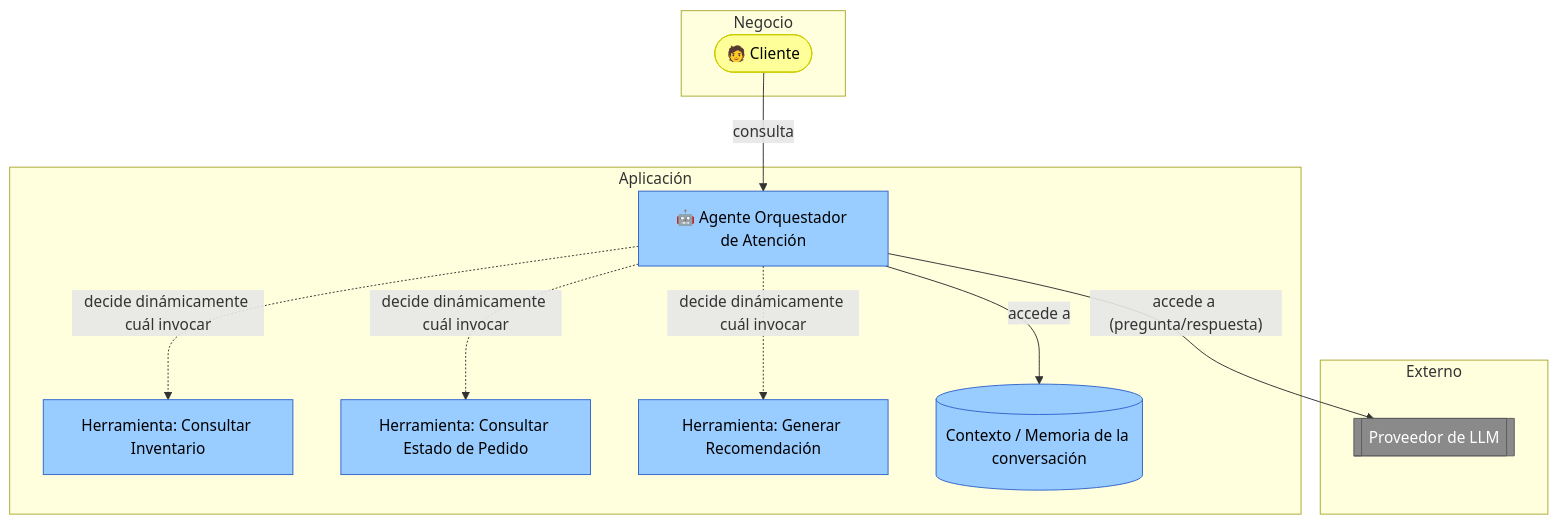
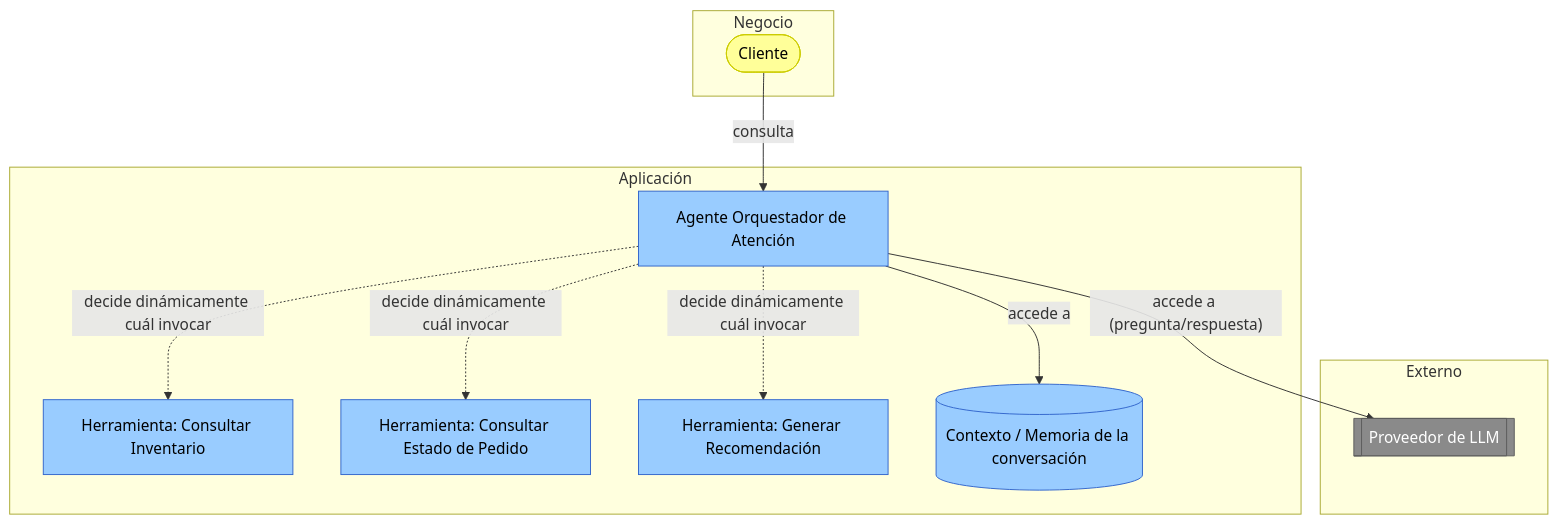
One commit to CesarAVegaF312/AREM-ArchiMate changed the diagram in patron_sistemas_agenticos.md. Above: the diagram before and after it, drawn with Mermaid. The commit also changed other lines of this file and 2 other files, not shown here.

Commit message:
Quita los emojis de los archivos Markdown

````diff
--- a/patron_sistemas_agenticos.md
+++ b/patron_sistemas_agenticos.md
@@ -24,32 +24,32 @@
 ```mermaid
 flowchart TD
     subgraph negocio["Negocio"]
-        cliente(["🧑 Cliente"])
+        cliente(["Cliente"])
     end
 
     subgraph aplicacion["Aplicación"]
-        agente["🤖 Agente Orquestador de Atención"]
+        agente["Agente Orquestador de Atención"]
         h1["Herramienta: Consultar Inventario"]
         h2["Herramienta: Consultar Estado de Pedido"]
         h3["Herramienta: Generar Recomendación"]
         contexto[("Contexto / Memoria de la conversación")]
     end
 
     subgraph externo["Externo"]
         llm[["Proveedor de LLM"]]
     end
 
     cliente -->|"consulta"| agente
     agente -->|"accede a (pregunta/respuesta)"| llm
     agente -.->|"decide dinámicamente cuál invocar"| h1
     agente -.->|"decide dinámicamente cuál invocar"| h2
     agente -.->|"decide dinámicamente cuál invocar"| h3
     agente -->|"accede a"| contexto
 
     classDef negocio fill:#ffff99,color:#000,stroke:#cccc00;
     classDef aplicacion fill:#99ccff,color:#000,stroke:#3366cc;
     classDef externo fill:#8a8a8a,color:#fff,stroke:#5c5c5c;
     class cliente negocio
     class agente,h1,h2,h3,contexto aplicacion
     class llm externo
 ```
````
